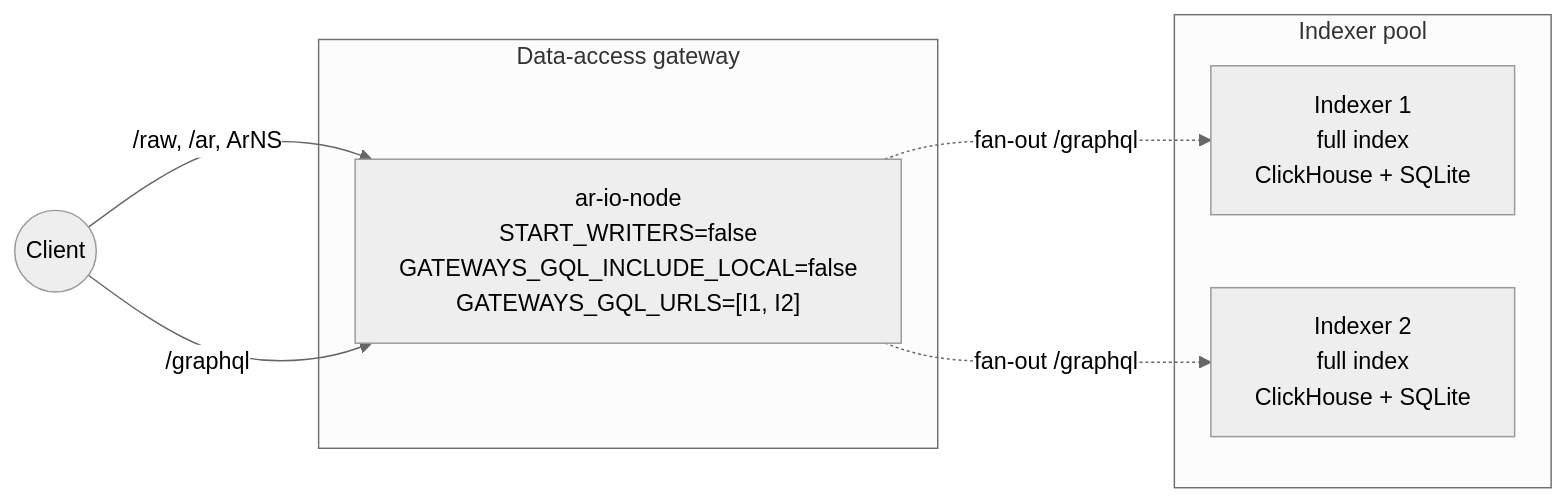
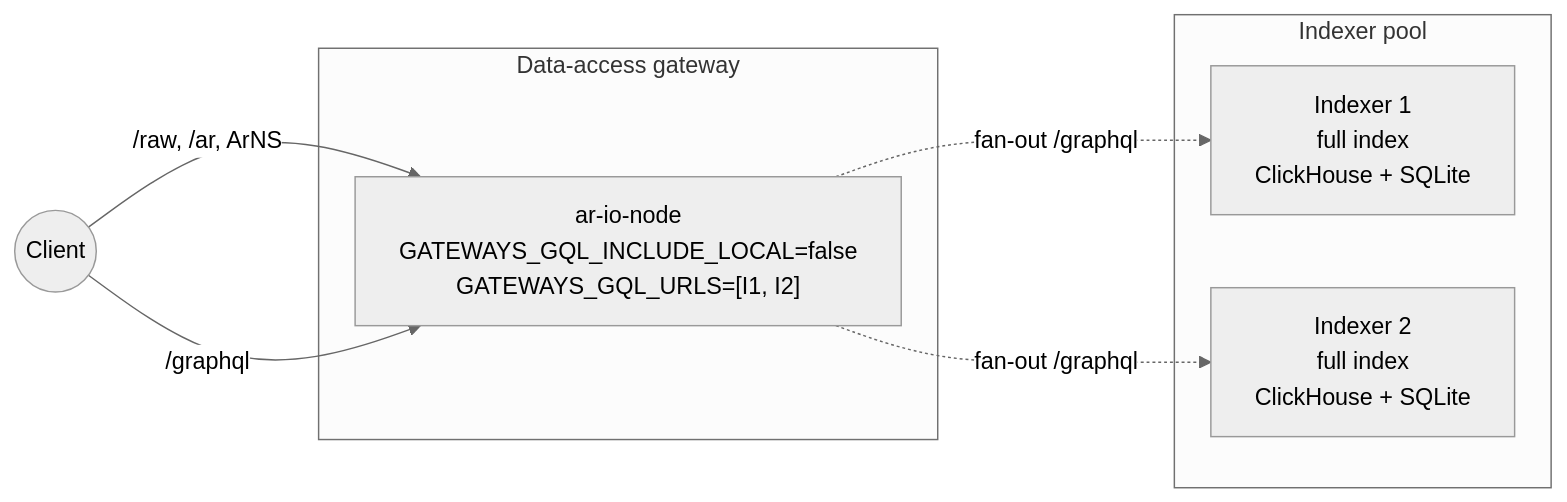
Before and after one commit to ar-io/ar-io-node: the first of 5 diagrams in docs/deployment-topologies.md, drawn with Mermaid (neutral theme). The commit also changed other lines of this file, not shown here.

First line of the commit message:
docs: clarify START_WRITERS tradeoff in deployment topologies

````diff
--- a/docs/deployment-topologies.md
+++ b/docs/deployment-topologies.md
@@ -36,18 +38,18 @@
 ```mermaid
 flowchart LR
   Client((Client))
 
   subgraph Edge["Data-access gateway"]
-    DA["ar-io-node<br/>START_WRITERS=false<br/>GATEWAYS_GQL_INCLUDE_LOCAL=false<br/>GATEWAYS_GQL_URLS=[I1, I2]"]
+    DA["ar-io-node<br/>GATEWAYS_GQL_INCLUDE_LOCAL=false<br/>GATEWAYS_GQL_URLS=[I1, I2]"]
   end
 
   subgraph Indexers["Indexer pool"]
     I1["Indexer 1<br/>full index<br/>ClickHouse + SQLite"]
     I2["Indexer 2<br/>full index<br/>ClickHouse + SQLite"]
   end
 
   Client -->|/raw, /ar, ArNS| DA
   Client -->|/graphql| DA
   DA -.fan-out /graphql.-> I1
   DA -.fan-out /graphql.-> I2
 ```
````
